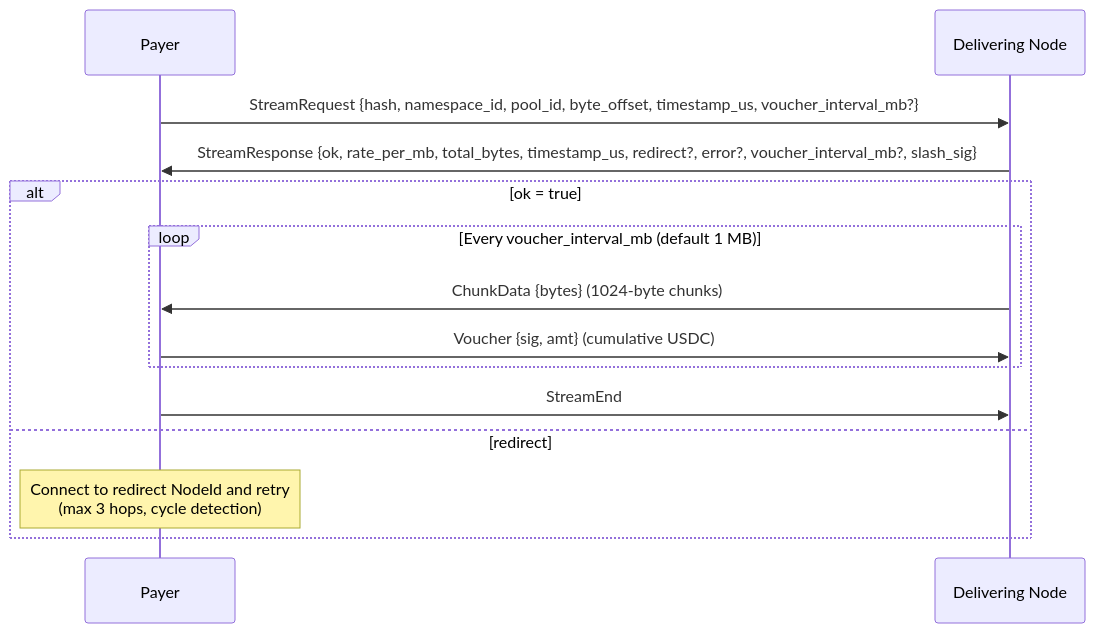
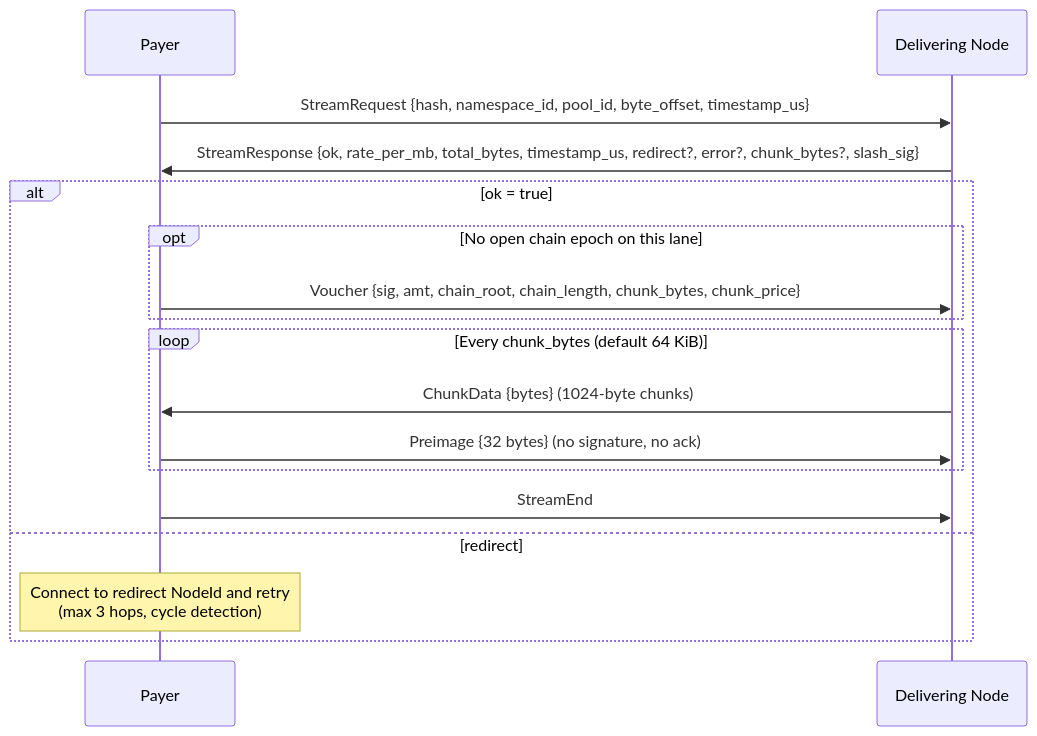
Before and after one commit to decdn/decdn: the second of 3 diagrams in adr/005-protocol.md, drawn with Mermaid. The commit also changed other lines of this file and 16 other files, not shown here.

First line of the commit message:
docs(adr): hash-chain the per-MB meter, decouple voucher persistence

````diff
--- a/adr/005-protocol.md
+++ b/adr/005-protocol.md
@@ -113,18 +113,21 @@
 ```mermaid
 sequenceDiagram
     participant P as Payer
     participant D as Delivering Node
 
-    P->>D: StreamRequest {hash, namespace_id, pool_id, byte_offset, timestamp_us, voucher_interval_mb?}
-    D->>P: StreamResponse {ok, rate_per_mb, total_bytes, timestamp_us, redirect?, error?, voucher_interval_mb?, slash_sig}
+    P->>D: StreamRequest {hash, namespace_id, pool_id, byte_offset, timestamp_us}
+    D->>P: StreamResponse {ok, rate_per_mb, total_bytes, timestamp_us, redirect?, error?, chunk_bytes?, slash_sig}
 
     alt ok = true
-        loop Every voucher_interval_mb (default 1 MB)
+        opt No open chain epoch on this lane
+            P->>D: Voucher {sig, amt, chain_root, chain_length, chunk_bytes, chunk_price}
+        end
+        loop Every chunk_bytes (default 64 KiB)
             D->>P: ChunkData {bytes} (1024-byte chunks)
-            P->>D: Voucher {sig, amt} (cumulative USDC)
+            P->>D: Preimage {32 bytes} (no signature, no ack)
         end
         P->>D: StreamEnd
     else redirect
         Note over P: Connect to redirect NodeId and retry<br/>(max 3 hops, cycle detection)
     end
 ```
````
